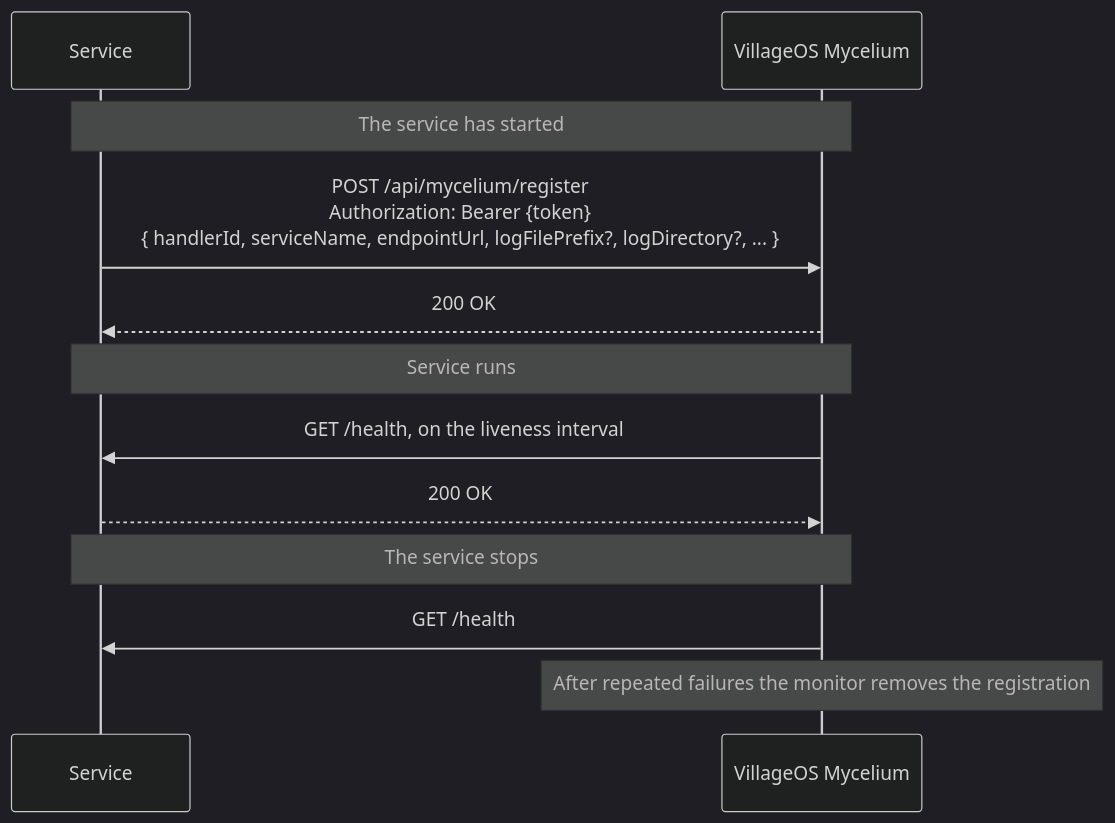
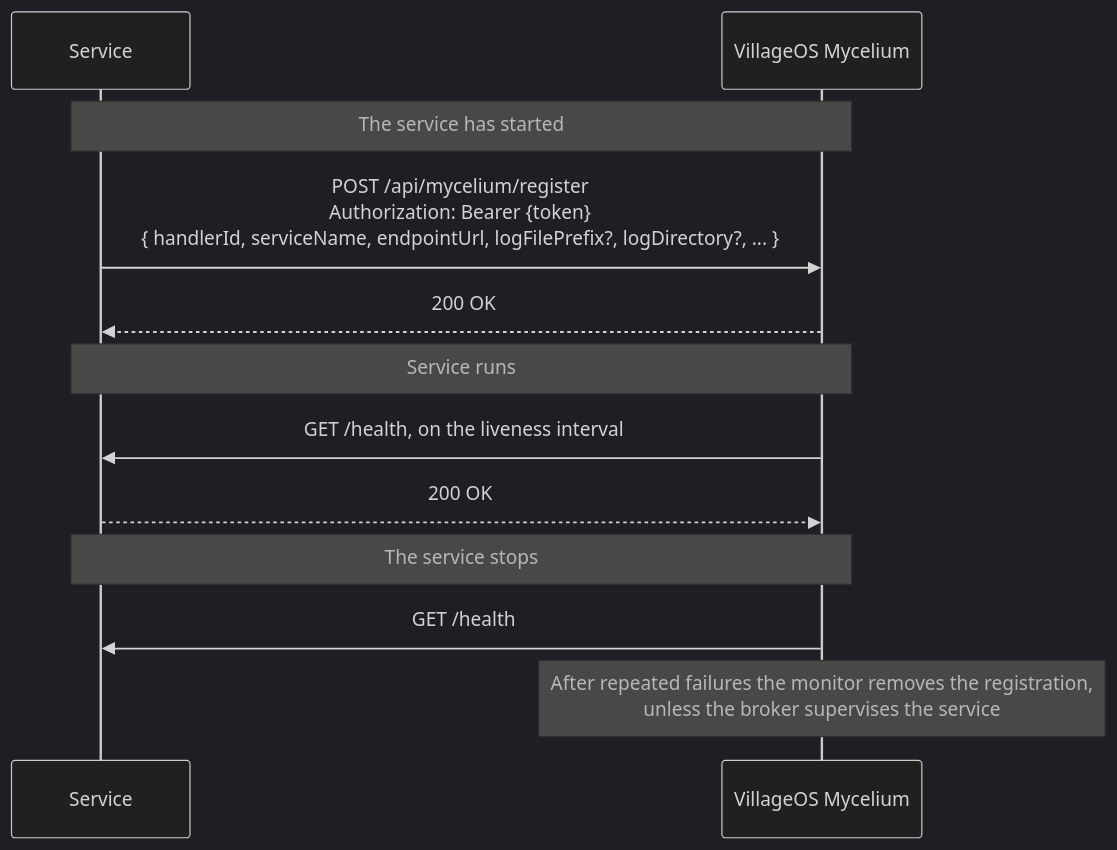
One commit to ReGen-Villages/VillageOS-API changed the first of 3 diagrams in docs/SERVICES.md. Above: the diagram before and after it, drawn with Mermaid (dark theme). The commit also changed other lines of this file and 1 other file, not shown here.

````diff
--- a/docs/SERVICES.md
+++ b/docs/SERVICES.md
@@ -281,17 +281,17 @@
 ```mermaid
 sequenceDiagram
     participant MS as Service
     participant B  as VillageOS Mycelium
 
     Note over MS,B: The service has started
     MS->>B: POST /api/mycelium/register<br/>Authorization: Bearer {token}<br/>{ handlerId, serviceName, endpointUrl, logFilePrefix?, logDirectory?, ... }
     B-->>MS: 200 OK
 
     Note over MS,B: Service runs
     B->>MS: GET /health, on the liveness interval
     MS-->>B: 200 OK
 
     Note over MS,B: The service stops
     B->>MS: GET /health
-    Note over B: After repeated failures the monitor removes the registration
+    Note over B: After repeated failures the monitor removes the registration,<br/>unless the broker supervises the service
 ```
````
